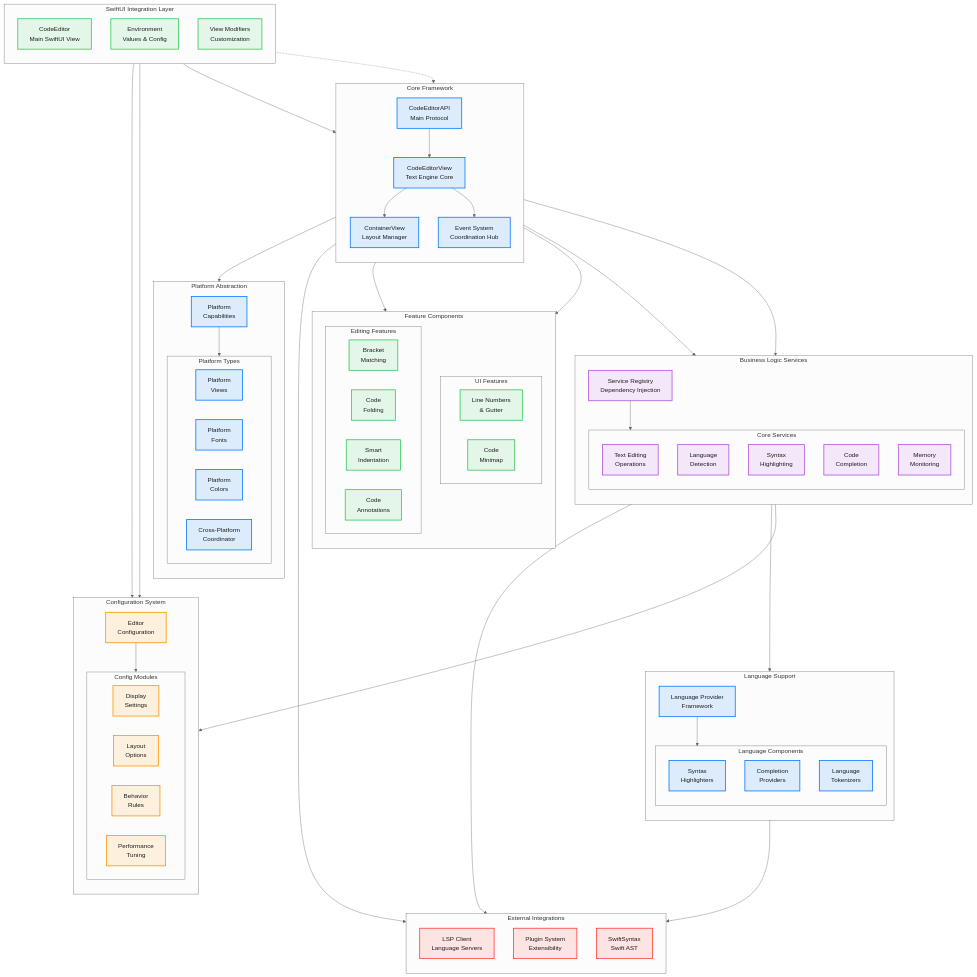
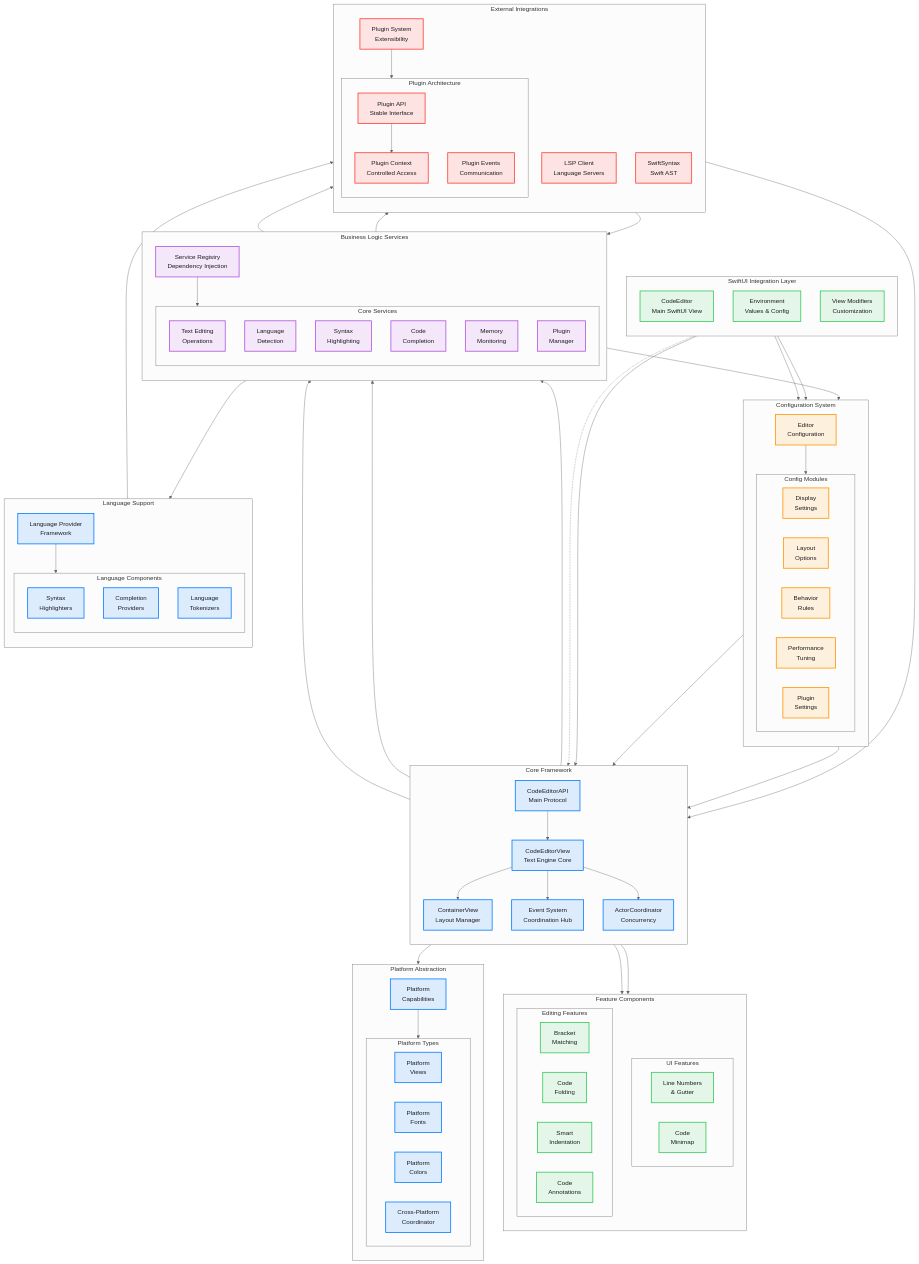
The diagram in Diagrams/01-high-level-architecture.md (ajmcclary/CodeEditorKit), drawn with Mermaid (neutral theme) before and after one commit. The commit also changed other lines of this file and 41 other files, not shown here.

````diff
--- a/Diagrams/01-high-level-architecture.md
+++ b/Diagrams/01-high-level-architecture.md
@@ -19,6 +19,7 @@
         CEV["CodeEditorView<br/>Text Engine Core"]
         CCV["ContainerView<br/>Layout Manager"]
         UES["Event System<br/>Coordination Hub"]
+        AC["ActorCoordinator<br/>Concurrency"]
     end
 
     %% Business Services Layer
@@ -31,6 +32,7 @@
             SHS["Syntax<br/>Highlighting"]
             CMS["Code<br/>Completion"]
             MMS["Memory<br/>Monitoring"]
+            PM["Plugin<br/>Manager"]
         end
     end
 
@@ -43,6 +45,7 @@
             LC["Layout<br/>Options"]
             BC["Behavior<br/>Rules"] 
             PC["Performance<br/>Tuning"]
+            PLGC["Plugin<br/>Settings"]
         end
     end
 
@@ -90,6 +93,11 @@
         LSP["LSP Client<br/>Language Servers"]
         PLG["Plugin System<br/>Extensibility"]
         SS["SwiftSyntax<br/>Swift AST"]
+        subgraph PLUGINS [" Plugin Architecture "]
+            PAPI["Plugin API<br/>Stable Interface"]
+            PCTX["Plugin Context<br/>Controlled Access"]
+            PEVT["Plugin Events<br/>Communication"]
+        end
     end
 
     %% Main Architecture Flow
@@ -106,11 +114,15 @@
     API --> CEV
     CEV --> CCV
     CEV --> UES
+    CEV --> AC
     
     UES --> BLS
     BLS --> SRVS
+    AC --> SRVS
     
     EC --> CFGS
+    EC --> AC
+    EC --> UES
     PAB --> PLATS
     
     CCV --> UI_FEAT
@@ -121,7 +133,11 @@
     
     CMS --> LSP
     SHL --> SS
-    CEV --> PLG
+    PM --> PLG
+    PLG --> PLUGINS
+    PAPI --> PCTX
+    PCTX --> BLS
+    PEVT --> UES
     
     %% Styling - Light/Dark mode compatible colors  
     classDef swiftui fill:#34C75920,stroke:#34C759,stroke-width:2px,color:#1D1D1F
@@ -141,17 +157,20 @@
     class CEV core
     class CCV core
     class UES core
+    class AC core
     class BLS service
     class TES service
     class LDS service
     class SHS service
     class CMS service
     class MMS service
+    class PM service
     class EC config
     class DC config
     class LC config
     class BC config
     class PC config
+    class PLGC config
     class PAB platform
     class PV platform
     class PF platform
@@ -170,4 +189,7 @@
     class LSP external
     class PLG external
     class SS external
+    class PAPI external
+    class PCTX external
+    class PEVT external
 ```
````
